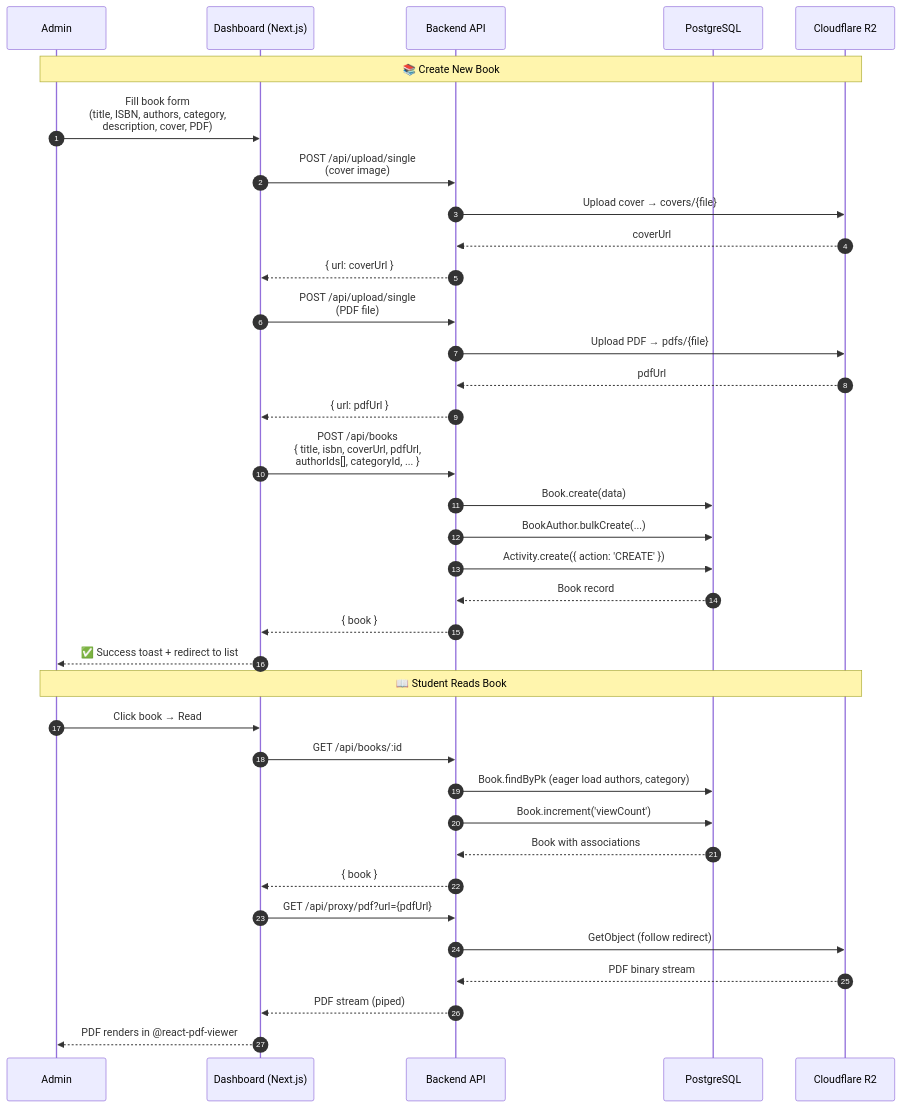
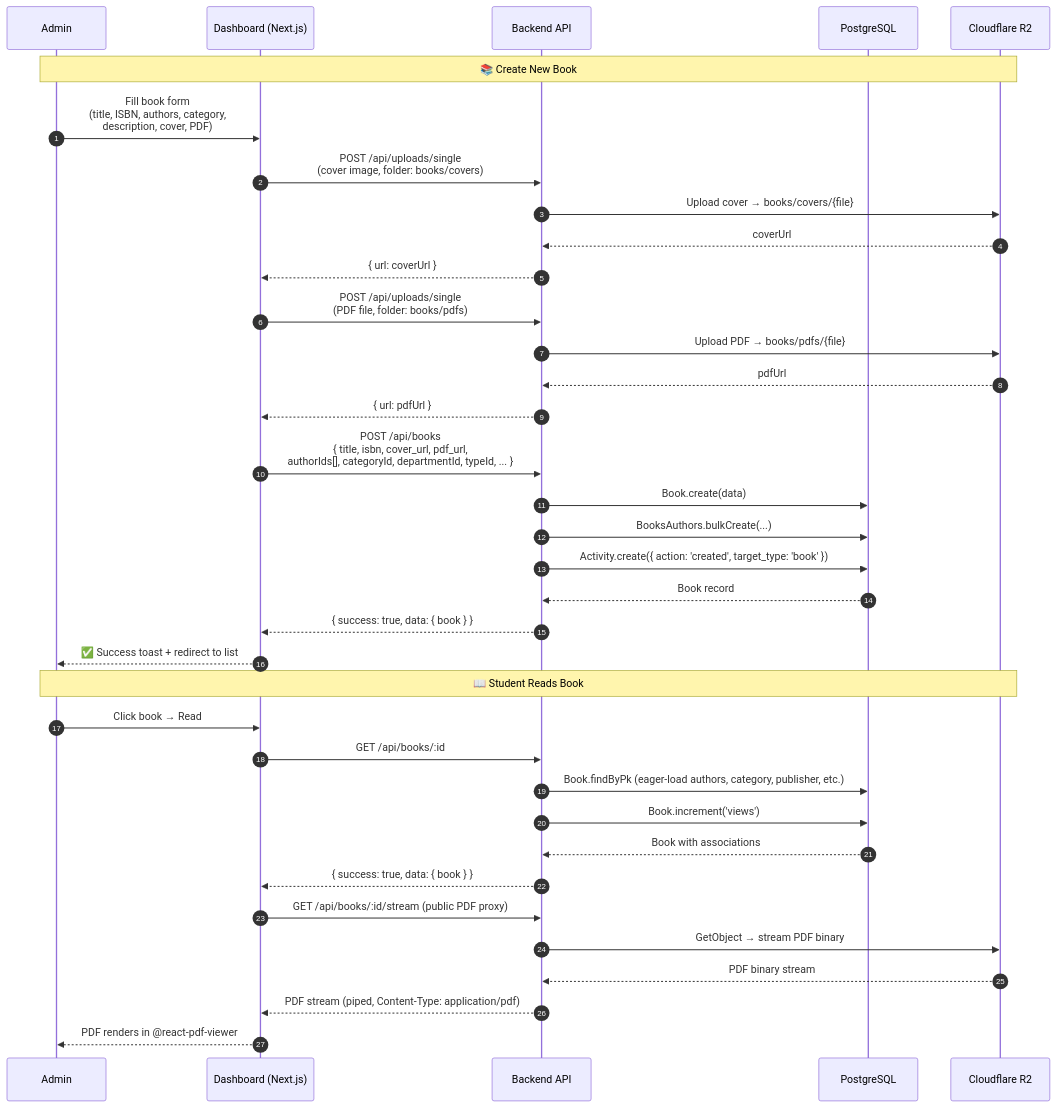
Before and after one commit to E-Library-Norton/elibrary-backend: diagram 15 of 19 in DIAGRAM.md, drawn with Mermaid. The commit also changed other lines of this file and 7 other files, not shown here.

````diff
--- a/DIAGRAM.md
+++ b/DIAGRAM.md
@@ -793,42 +862,42 @@
 ```mermaid
 sequenceDiagram
     autonumber
     participant A as Admin
     participant D as Dashboard (Next.js)
     participant API as Backend API
     participant DB as PostgreSQL
     participant R2 as Cloudflare R2
 
     Note over A,R2: 📚 Create New Book
     A->>D: Fill book form<br/>(title, ISBN, authors, category,<br/>description, cover, PDF)
-    D->>API: POST /api/upload/single<br/>(cover image)
-    API->>R2: Upload cover → covers/{file}
+    D->>API: POST /api/uploads/single<br/>(cover image, folder: books/covers)
+    API->>R2: Upload cover → books/covers/{file}
     R2-->>API: coverUrl
     API-->>D: { url: coverUrl }
     
-    D->>API: POST /api/upload/single<br/>(PDF file)
-    API->>R2: Upload PDF → pdfs/{file}
+    D->>API: POST /api/uploads/single<br/>(PDF file, folder: books/pdfs)
+    API->>R2: Upload PDF → books/pdfs/{file}
     R2-->>API: pdfUrl
     API-->>D: { url: pdfUrl }
     
-    D->>API: POST /api/books<br/>{ title, isbn, coverUrl, pdfUrl,<br/>authorIds[], categoryId, ... }
+    D->>API: POST /api/books<br/>{ title, isbn, cover_url, pdf_url,<br/>authorIds[], categoryId, departmentId, typeId, ... }
     API->>DB: Book.create(data)
-    API->>DB: BookAuthor.bulkCreate(...)
-    API->>DB: Activity.create({ action: 'CREATE' })
+    API->>DB: BooksAuthors.bulkCreate(...)
+    API->>DB: Activity.create({ action: 'created', target_type: 'book' })
     DB-->>API: Book record
-    API-->>D: { book }
+    API-->>D: { success: true, data: { book } }
     D-->>A: ✅ Success toast + redirect to list
 
     Note over A,R2: 📖 Student Reads Book
     A->>D: Click book → Read
     D->>API: GET /api/books/:id
-    API->>DB: Book.findByPk (eager load authors, category)
-    API->>DB: Book.increment('viewCount')
+    API->>DB: Book.findByPk (eager-load authors, category, publisher, etc.)
+    API->>DB: Book.increment('views')
     DB-->>API: Book with associations
-    API-->>D: { book }
-    D->>API: GET /api/proxy/pdf?url={pdfUrl}
-    API->>R2: GetObject (follow redirect)
+    API-->>D: { success: true, data: { book } }
+    D->>API: GET /api/books/:id/stream (public PDF proxy)
+    API->>R2: GetObject → stream PDF binary
     R2-->>API: PDF binary stream
-    API-->>D: PDF stream (piped)
+    API-->>D: PDF stream (piped, Content-Type: application/pdf)
     D-->>A: PDF renders in @react-pdf-viewer
 ```
````
